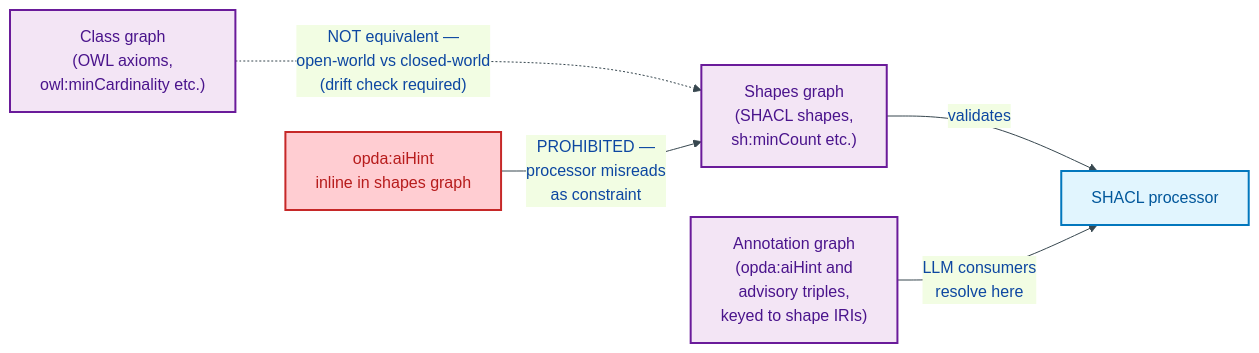
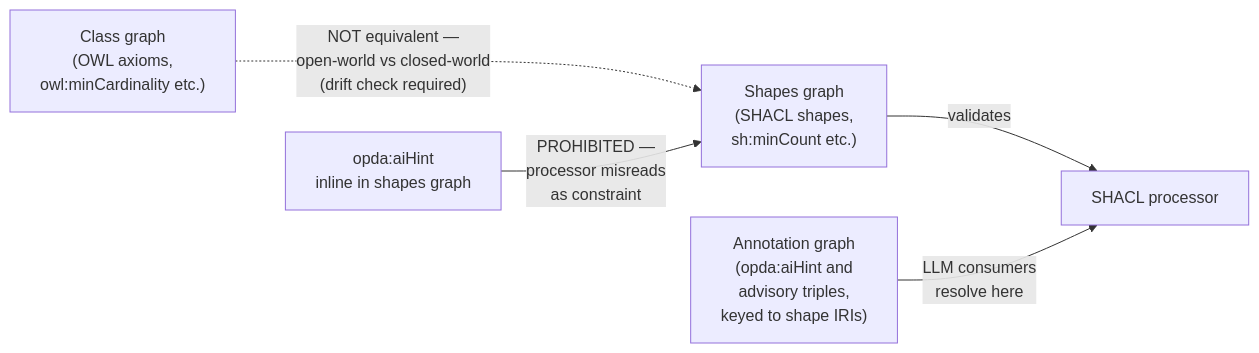
One commit to sparkling/opda changed the third of 4 diagrams in docs/ontology/odr/ODR-0013-shacl-validation-and-severity.md. Above: the diagram before and after it, drawn with Mermaid. The commit also changed other lines of this file and 25 other files, not shown here.

````diff
--- a/docs/ontology/odr/ODR-0013-shacl-validation-and-severity.md
+++ b/docs/ontology/odr/ODR-0013-shacl-validation-and-severity.md
@@ -109,20 +98,15 @@
 ```mermaid
-%%{init:{"theme":"base","themeVariables":{"primaryColor":"#E3F2FD","primaryTextColor":"#0D47A1","primaryBorderColor":"#1565C0","lineColor":"#37474F"}}}%%
 flowchart LR
     accTitle: Class, shapes, and annotation graph separation
     accDescr: OWL class axioms, SHACL shapes, and advisory opda:aiHint annotations are kept in three separate named graphs to prevent strict SHACL processors from misreading advisory triples as constraints.
-    classDef process fill:#E1F5FE,stroke:#0277BD,stroke-width:2px,color:#01579B
-    classDef store fill:#F3E5F5,stroke:#6A1B9A,stroke-width:2px,color:#4A148C
-    classDef output fill:#C8E6C9,stroke:#2E7D32,stroke-width:2px,color:#1B5E20
-    classDef blocked fill:#FFCDD2,stroke:#C62828,stroke-width:2px,color:#B71C1C
 
-    CG["Class graph<br/>(OWL axioms,<br/>owl:minCardinality etc.)"]:::store
-    SHG["Shapes graph<br/>(SHACL shapes,<br/>sh:minCount etc.)"]:::store
-    AG["Annotation graph<br/>(opda:aiHint and<br/>advisory triples,<br/>keyed to shape IRIs)"]:::store
+    CG["Class graph<br/>(OWL axioms,<br/>owl:minCardinality etc.)"]:::user
+    SHG["Shapes graph<br/>(SHACL shapes,<br/>sh:minCount etc.)"]:::user
+    AG["Annotation graph<br/>(opda:aiHint and<br/>advisory triples,<br/>keyed to shape IRIs)"]:::user
     PROC["SHACL processor"]:::process
     CG -..->|"NOT equivalent —<br/>open-world vs closed-world<br/>(drift check required)"| SHG
     SHG -->|"validates"| PROC
     AG -->|"LLM consumers<br/>resolve here"| PROC
-    BANNED["opda:aiHint<br/>inline in shapes graph"]:::blocked
+    BANNED["opda:aiHint<br/>inline in shapes graph"]:::error
     BANNED -->|"PROHIBITED —<br/>processor misreads<br/>as constraint"| SHG
 ```
````
